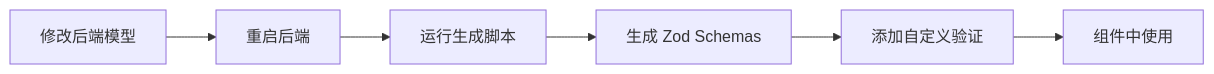
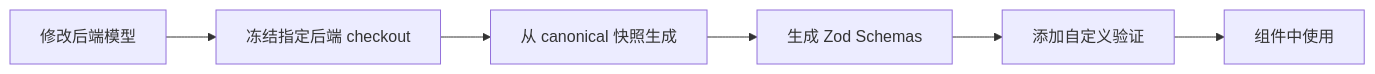
The diagram in docs/ZOD_VALIDATION.md (kaizhoumasha/wes_frontend), drawn with Mermaid before and after one commit. The commit also changed other lines of this file and 407 other files, not shown here.

````diff
--- a/docs/ZOD_VALIDATION.md
+++ b/docs/ZOD_VALIDATION.md
@@ -323,8 +323,8 @@
 ```mermaid
 graph LR
-    A[修改后端模型] --> B[重启后端]
-    B --> C[运行生成脚本]
+    A[修改后端模型] --> B[冻结指定后端 checkout]
+    B --> C[从 canonical 快照生成]
     C --> D[生成 Zod Schemas]
     D --> E[添加自定义验证]
     E --> F[组件中使用]
 ```
````
